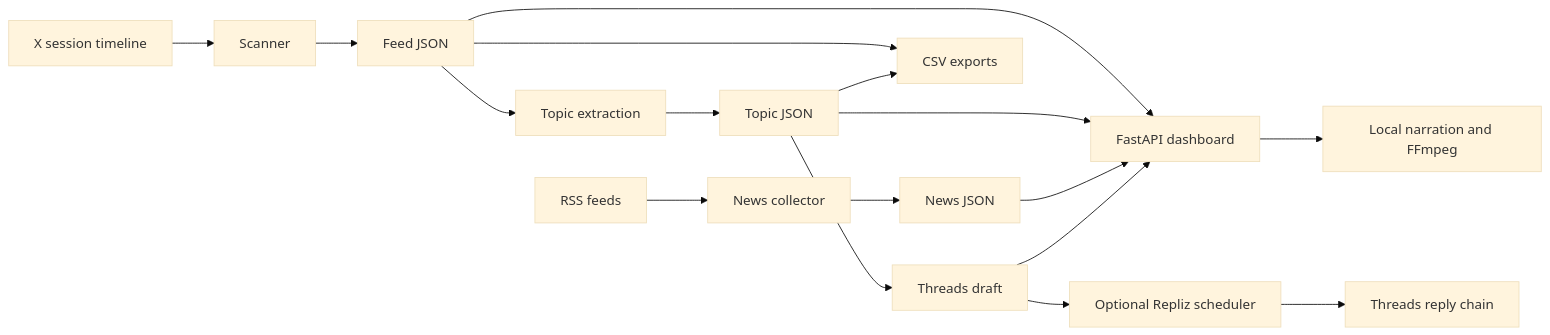
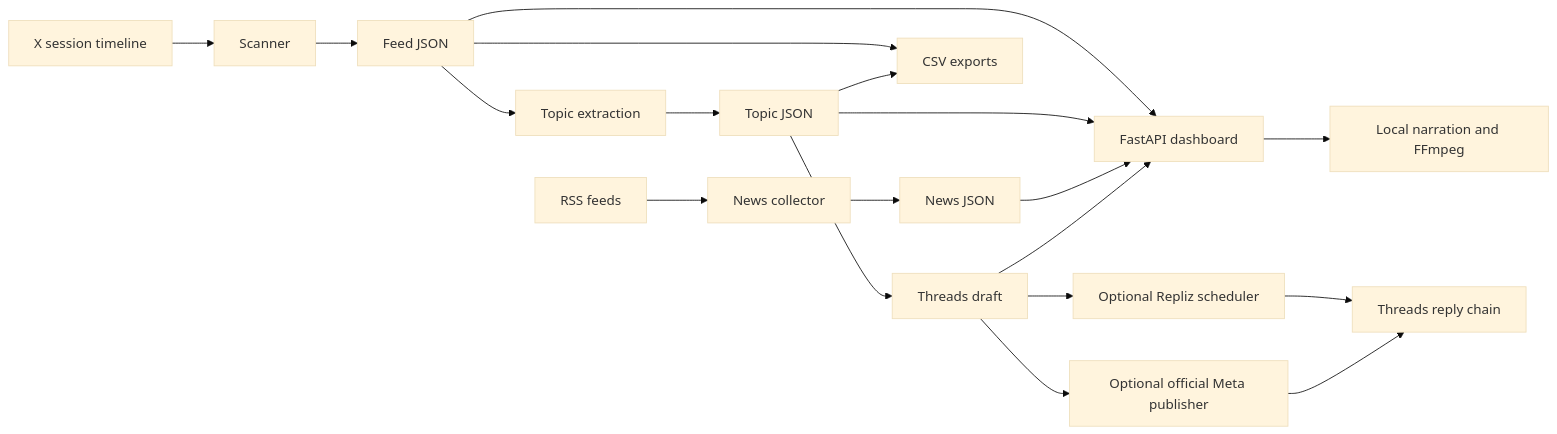
Before and after one commit to israhabibi/techbro-pipeline: the diagram in docs/architecture.md, drawn with Mermaid (base theme). The commit also changed other lines of this file and 13 other files, not shown here.

Commit message:
feat: publish Threads chains through the official Meta API

````diff
--- a/docs/architecture.md
+++ b/docs/architecture.md
@@ -3,19 +3,21 @@
 ```mermaid
 flowchart LR
   X[X session timeline] --> Scan[Scanner]
   RSS[RSS feeds] --> Sources[News collector]
   Scan --> Feed[Feed JSON]
   Feed --> Topics[Topic extraction]
   Topics --> TopicJSON[Topic JSON]
   TopicJSON --> Draft[Threads draft]
   Feed --> Dataset[CSV exports]
   TopicJSON --> Dataset
   Sources --> SourceJSON[News JSON]
   Feed --> Web[FastAPI dashboard]
   TopicJSON --> Web
   SourceJSON --> Web
   Draft --> Web
   Draft --> Publisher[Optional Repliz scheduler]
   Publisher --> Threads[Threads reply chain]
+  Draft --> Meta[Optional official Meta publisher]
+  Meta --> Threads
   Web --> Video[Local narration and FFmpeg]
 ```
````
